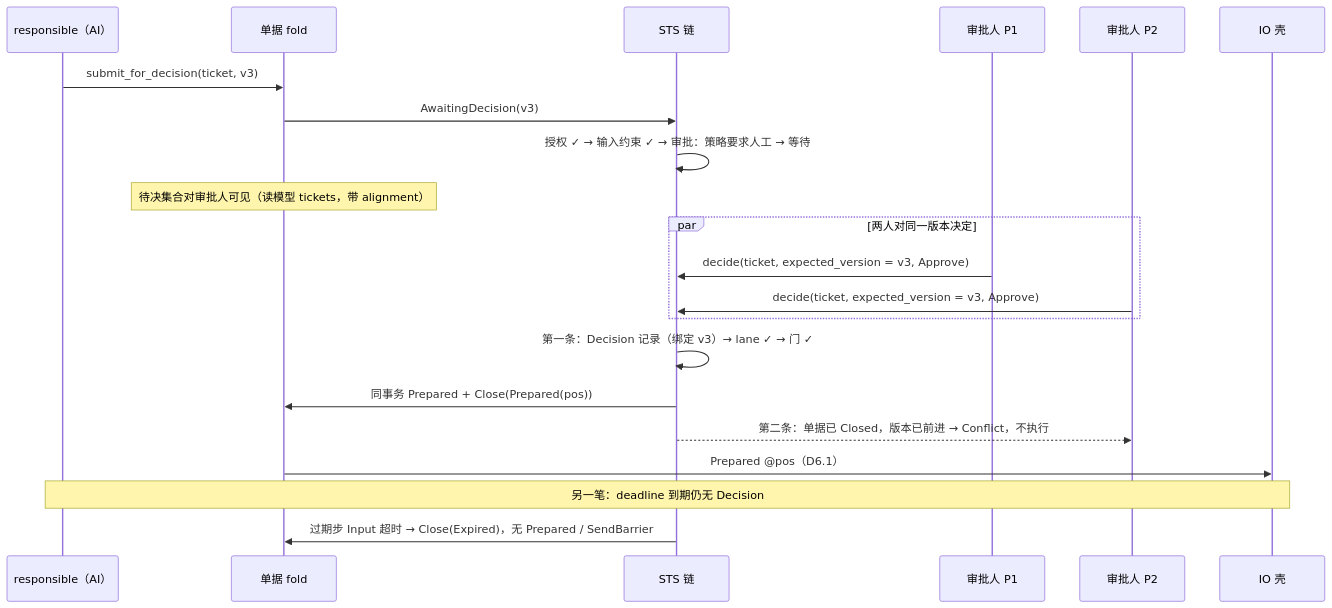
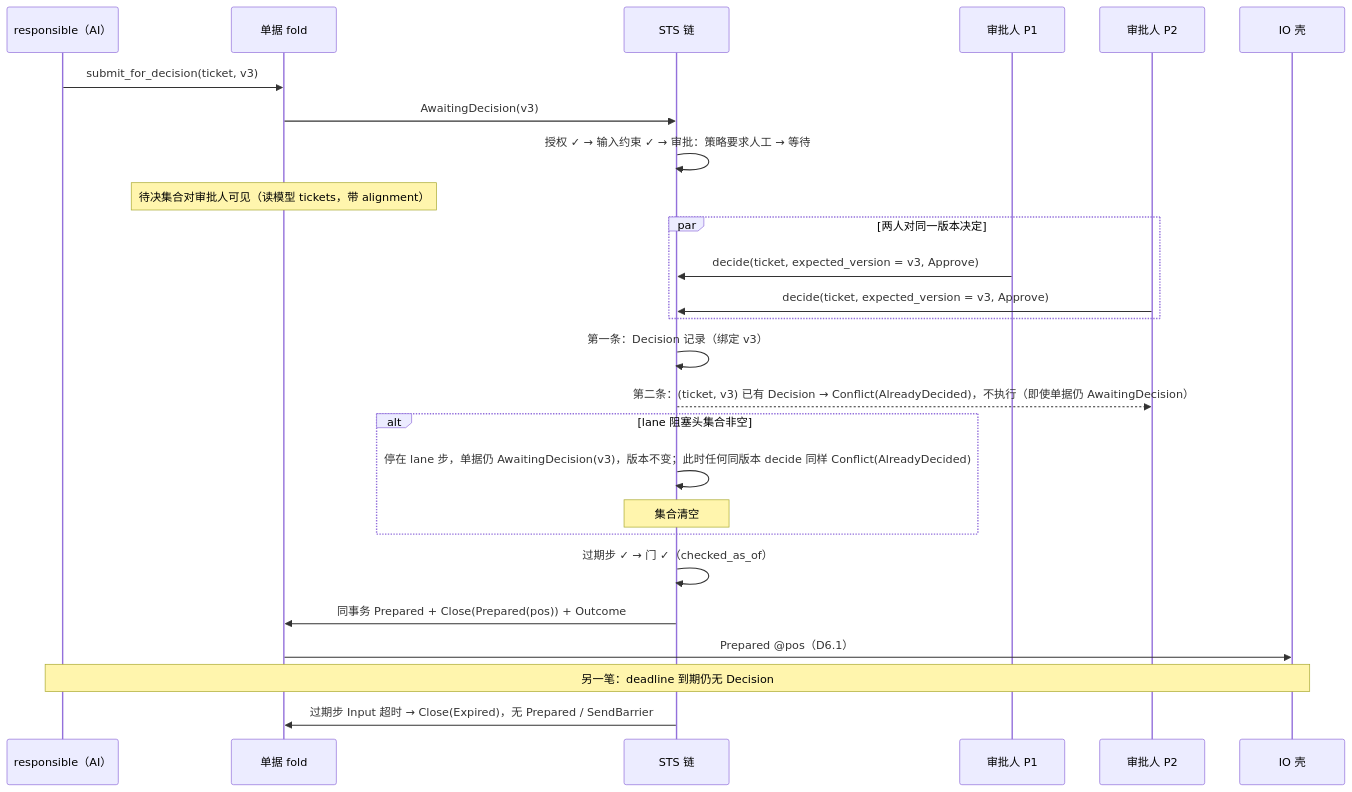
The sixth of 6 diagrams in design/diagrams/05-ticket-and-sts.md (mouriya-s-lab/uta), drawn with Mermaid before and after one commit. The commit also changed other lines of this file and 9 other files, not shown here.

Commit message:
设计：并入 astra 复核——腿身份 AttemptRef、回执/证据字节归执行事实、EffectResponse 完成事实、AwaitingTargetTerminal 有界出口、ReconciliationReopened 重开取证、取证记录矩阵（Unavailable 不算取证）、lane 集合语义贯通、恢复先判 Resolved、alignment 读当前流末 + checked_as_of、一版一决 Conflict(AlreadyDecided)、Lag/完备位置切面、唯一边=类型依赖与语义消费、XA 类比改设计标签；图 D1–D9 同步

````diff
--- a/design/diagrams/05-ticket-and-sts.md
+++ b/design/diagrams/05-ticket-and-sts.md
@@ -180,23 +191,28 @@
 ```mermaid
 sequenceDiagram
   participant R as responsible（AI）
   participant T as 单据 fold
   participant S as STS 链
   participant P as 审批人 P1
   participant P2 as 审批人 P2
   participant IO as IO 壳
   R->>T: submit_for_decision(ticket, v3)
   T->>S: AwaitingDecision(v3)
   S->>S: 授权 ✓ → 输入约束 ✓ → 审批：策略要求人工 → 等待
   Note over T: 待决集合对审批人可见（读模型 tickets，带 alignment）
   par 两人对同一版本决定
     P->>S: decide(ticket, expected_version = v3, Approve)
     P2->>S: decide(ticket, expected_version = v3, Approve)
   end
-  S->>S: 第一条：Decision 记录（绑定 v3）→ lane ✓ → 门 ✓
-  S->>T: 同事务 Prepared + Close(Prepared(pos))
-  S-->>P2: 第二条：单据已 Closed，版本已前进 → Conflict，不执行
+  S->>S: 第一条：Decision 记录（绑定 v3）
+  S-->>P2: 第二条：(ticket, v3) 已有 Decision → Conflict(AlreadyDecided)，不执行（即使单据仍 AwaitingDecision）
+  alt lane 阻塞头集合非空
+    S->>S: 停在 lane 步，单据仍 AwaitingDecision(v3)，版本不变；此时任何同版本 decide 同样 Conflict(AlreadyDecided)
+    Note over S: 集合清空
+  end
+  S->>S: 过期步 ✓ → 门 ✓（checked_as_of）
+  S->>T: 同事务 Prepared + Close(Prepared(pos)) + Outcome
   T->>IO: Prepared @pos（D6.1）
   Note over R,IO: 另一笔：deadline 到期仍无 Decision
   S->>T: 过期步 Input 超时 → Close(Expired)，无 Prepared / SendBarrier
 ```
````
